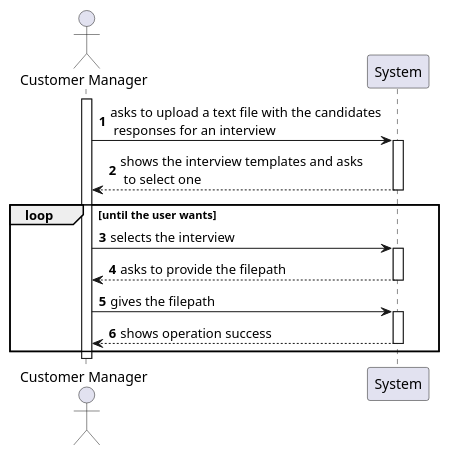
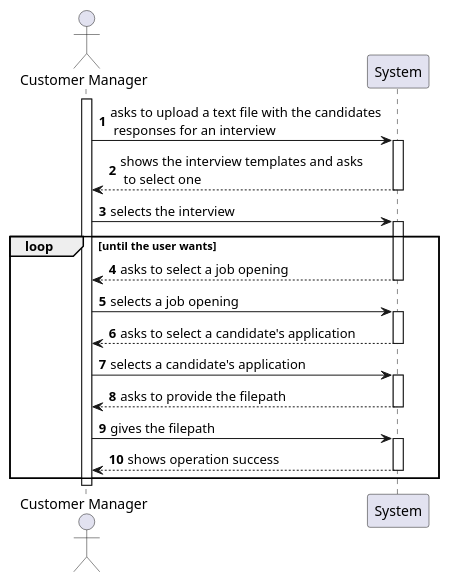
The diagram in docs/sprint-c/us_1017/SSD/US1017_SSD.puml (rita-barbosa/LAPR4-2324), drawn with PlantUML before and after one commit. The commit also changed 1 other file, not shown here.

Commit message:
docs: updates system sequence diagram of us1017.
[#239]

```diff
--- a/docs/sprint-c/us_1017/SSD/US1017_SSD.puml
+++ b/docs/sprint-c/us_1017/SSD/US1017_SSD.puml
@@ -1,29 +1,41 @@
 @startuml US1017_SSD
 autonumber
 
 actor "Customer Manager" as USER
 participant "System" as SYS
 
 activate USER
 
 USER -> SYS : asks to upload a text file with the candidates\n responses for an interview
 activate SYS
 SYS --> USER : shows the interview templates and asks\n to select one
 deactivate SYS
 
+USER -> SYS : selects the interview
+activate SYS
+
 loop until the user wants
-USER -> SYS : selects the interview
+
+SYS --> USER : asks to select a job opening
+deactivate SYS
+
+USER -> SYS : selects a job opening
+activate SYS
+SYS --> USER : asks to select a candidate's application
+deactivate SYS
+
+USER -> SYS : selects a candidate's application
 activate SYS
 SYS --> USER : asks to provide the filepath
 deactivate SYS
 
 USER -> SYS : gives the filepath
 activate SYS
 SYS --> USER : shows operation success
 deactivate SYS
 
 end loop
 
 deactivate USER
 
 @enduml
```
